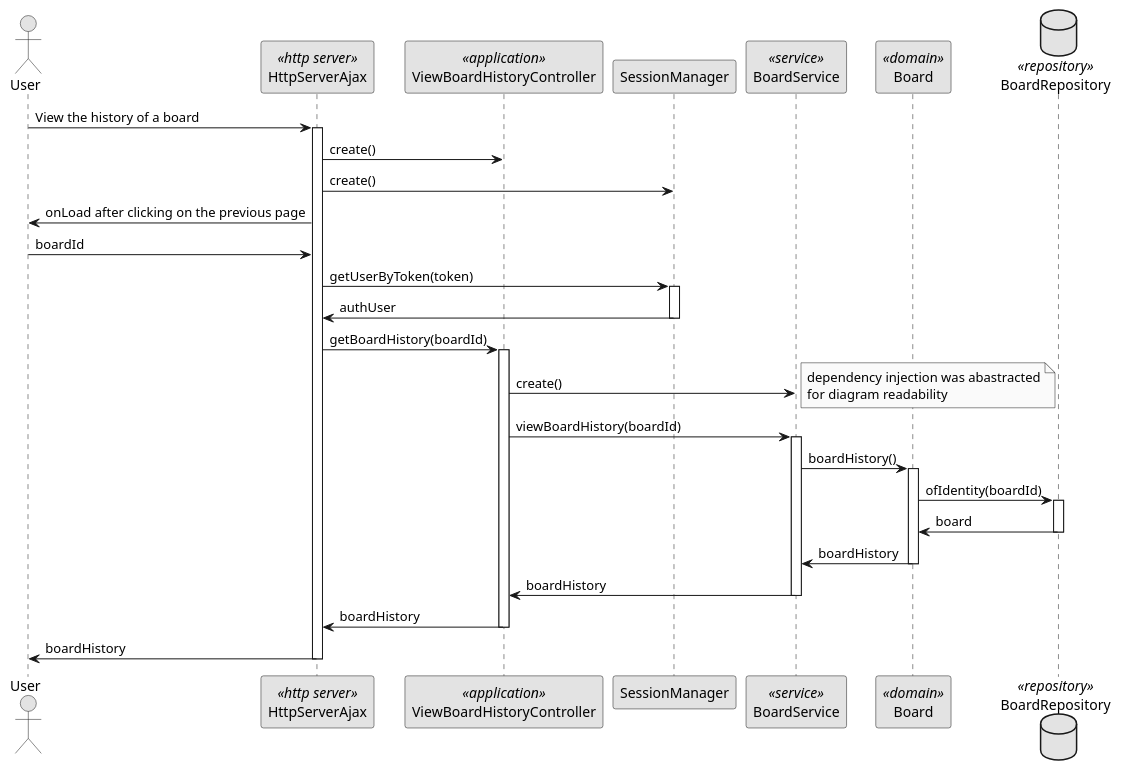
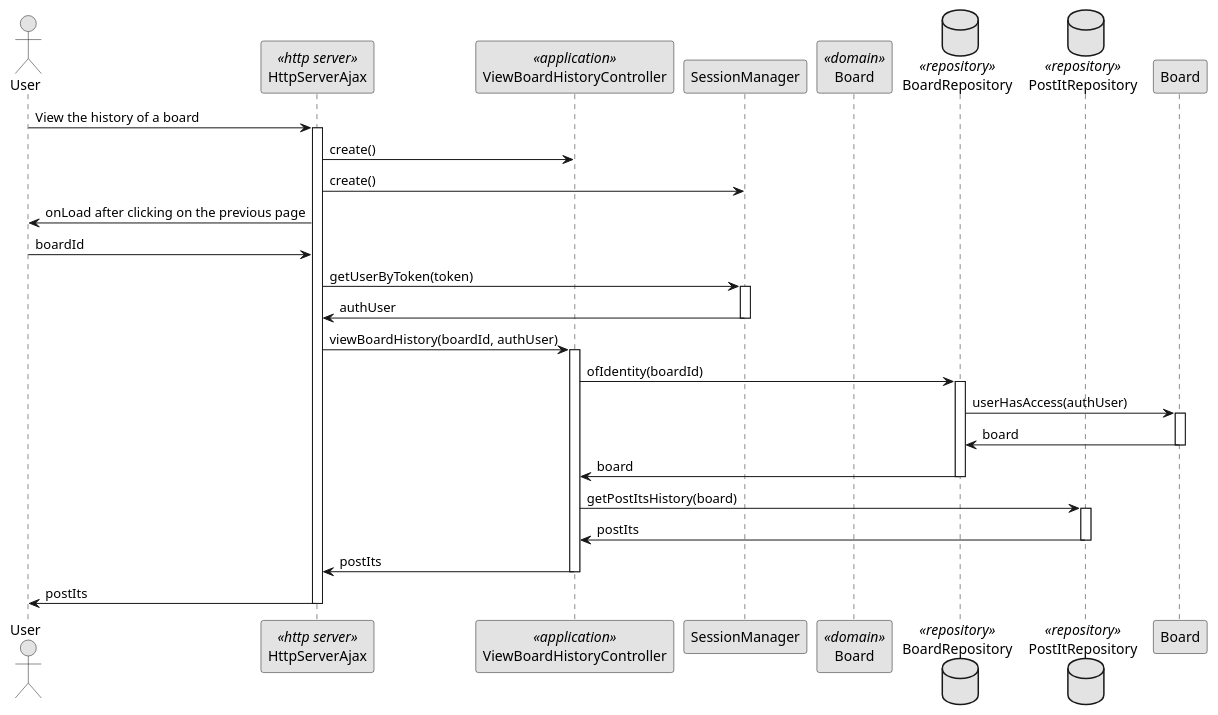
The diagram in docs/SPRINT C/US_3009/SD/ViewBoardHistoryUpdates-SD.puml (brunacosta03/sem4pi_22_23), drawn with PlantUML before and after one commit. The commit also changed 3 other files, not shown here.

Commit message:
US3009: Updated diagrams to meet the requirements #27

```diff
--- a/docs/SPRINT C/US_3009/SD/ViewBoardHistoryUpdates-SD.puml
+++ b/docs/SPRINT C/US_3009/SD/ViewBoardHistoryUpdates-SD.puml
@@ -1,55 +1,55 @@
 @startuml
 
 skinparam monochrome true
 skinparam packageStyle rect
 skinparam defaultFontName FG Virgil
 skinparam shadowing false
 
 actor User as Actor
 participant HttpServerAjax as Server <<http server>>
 participant ViewBoardHistoryController as Controller <<application>>
 participant SessionManager as SM
-participant BoardService as Service <<service>>
 participant Board as Domain <<domain>>
 database BoardRepository as RepositoryB <<repository>>
+database PostItRepository as RepositoryP <<repository>>
 
 Actor -> Server: View the history of a board
 activate Server
 
 Server -> Controller: create()
 Server -> SM : create()
 Server -> Actor : onLoad after clicking on the previous page
 Actor -> Server : boardId
 Server -> SM : getUserByToken(token)
 activate SM
 
 SM -> Server : authUser
 deactivate SM
 
-Server -> Controller : getBoardHistory(boardId)
+Server -> Controller : viewBoardHistory(boardId, authUser)
 activate Controller
 
-Controller -> Service : create()
-note right: dependency injection was abastracted\nfor diagram readability
+Controller -> RepositoryB : ofIdentity(boardId)
+activate RepositoryB
+RepositoryB -> Board : userHasAccess(authUser)
+activate Board
+Board -> RepositoryB : board
+deactivate Board
+RepositoryB -> Controller : board
+deactivate RepositoryB
 
-Controller -> Service : viewBoardHistory(boardId)
-activate Service
+Controller -> RepositoryP : getPostItsHistory(board)
+activate RepositoryP
+RepositoryP -> Controller : postIts
+deactivate RepositoryP
 
-Service -> Domain : boardHistory()
-activate Domain
-Domain -> RepositoryB : ofIdentity(boardId)
-activate RepositoryB
-RepositoryB -> Domain : board
-deactivate RepositoryB
-Domain -> Service : boardHistory
-deactivate Domain
+Controller -> Server : postIts
+deactivate Controller
 
-Service -> Controller : boardHistory
-deactivate Service
-Controller -> Server : boardHistory
-deactivate Controller
-Server -> Actor : boardHistory
+Server -> Actor : postIts
 deactivate Server
 
 
+
+
 @enduml
```
